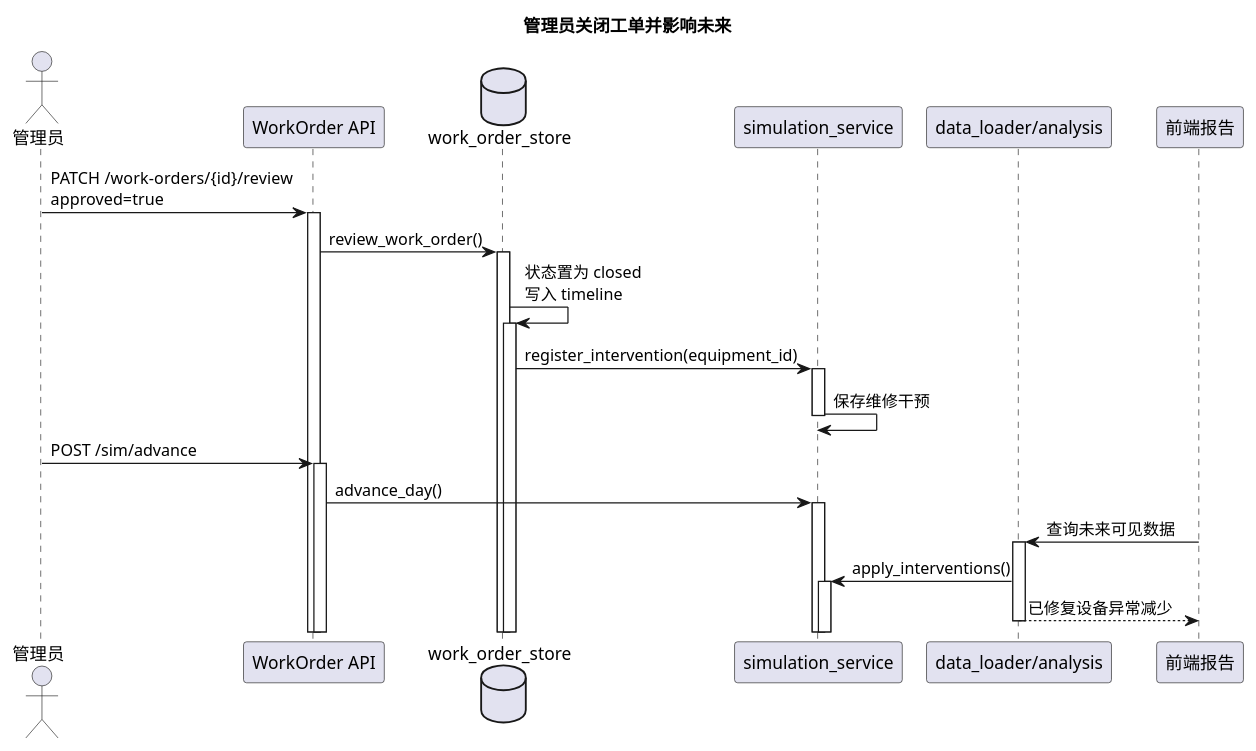
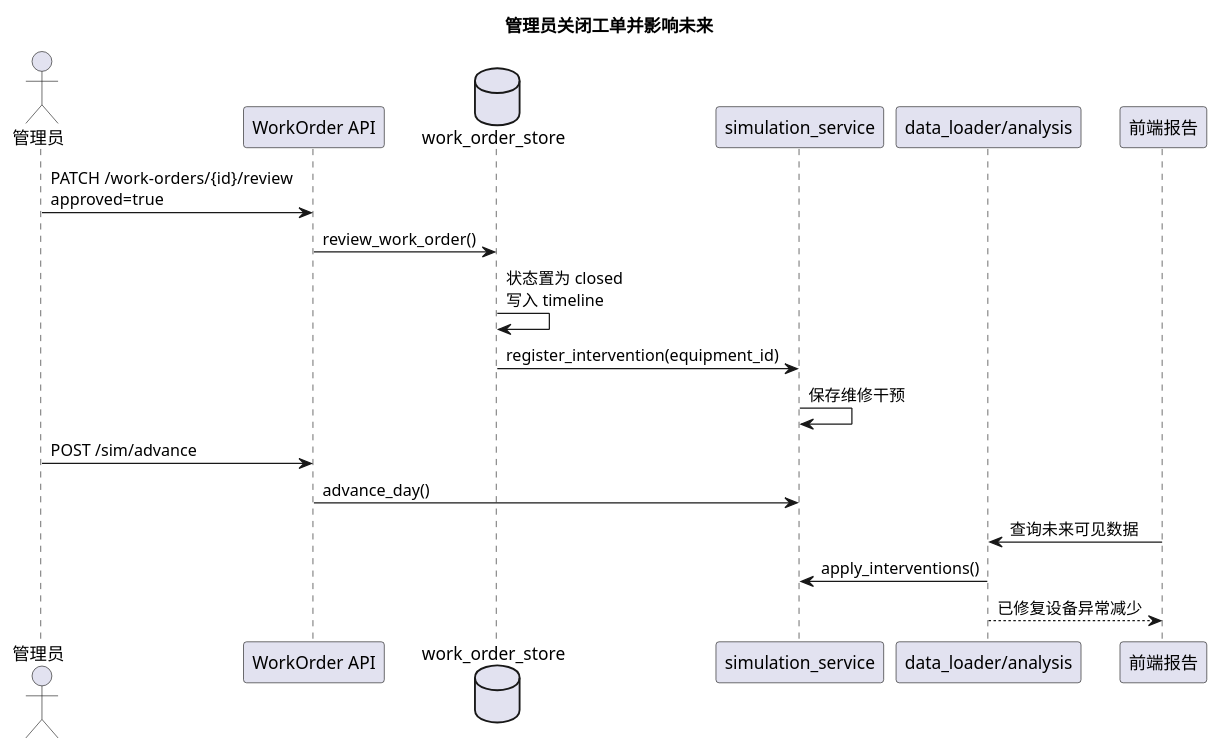
The diagram in final_docs/图象重绘/源代码/SDD-5.3.2-关闭工单影响未来时序图.md (ScottBlizzard/building-energy-intelligence-platform), drawn with PlantUML before and after one commit. The commit also changed 105 other files, not shown here.

Commit message:
docs: update final reports and diagrams

```diff
--- a/final_docs/图象重绘/源代码/SDD-5.3.2-关闭工单影响未来时序图.md
+++ b/final_docs/图象重绘/源代码/SDD-5.3.2-关闭工单影响未来时序图.md
@@ -1,44 +1,21 @@
 @startuml
 title 管理员关闭工单并影响未来
 
 actor "管理员" as Admin
 participant "WorkOrder API" as API
 database "work_order_store" as Store
 participant "simulation_service" as Sim
 participant "data_loader/analysis" as Data
 participant "前端报告" as UI
 
 Admin -> API : PATCH /work-orders/{id}/review\napproved=true
-activate API
-
 API -> Store : review_work_order()
-activate Store
-
 Store -> Store : 状态置为 closed\n写入 timeline
-activate Store
-
 Store -> Sim : register_intervention(equipment_id)
-activate Sim
-
 Sim -> Sim : 保存维修干预
-deactivate Sim
-
-
-
 Admin -> API : POST /sim/advance
-activate API
-
 API -> Sim : advance_day()
-activate Sim
-
 UI -> Data : 查询未来可见数据
-activate Data
-
 Data -> Sim : apply_interventions()
-activate Sim
-
-
 Data --> UI : 已修复设备异常减少
-deactivate Data
-
 @enduml
```
